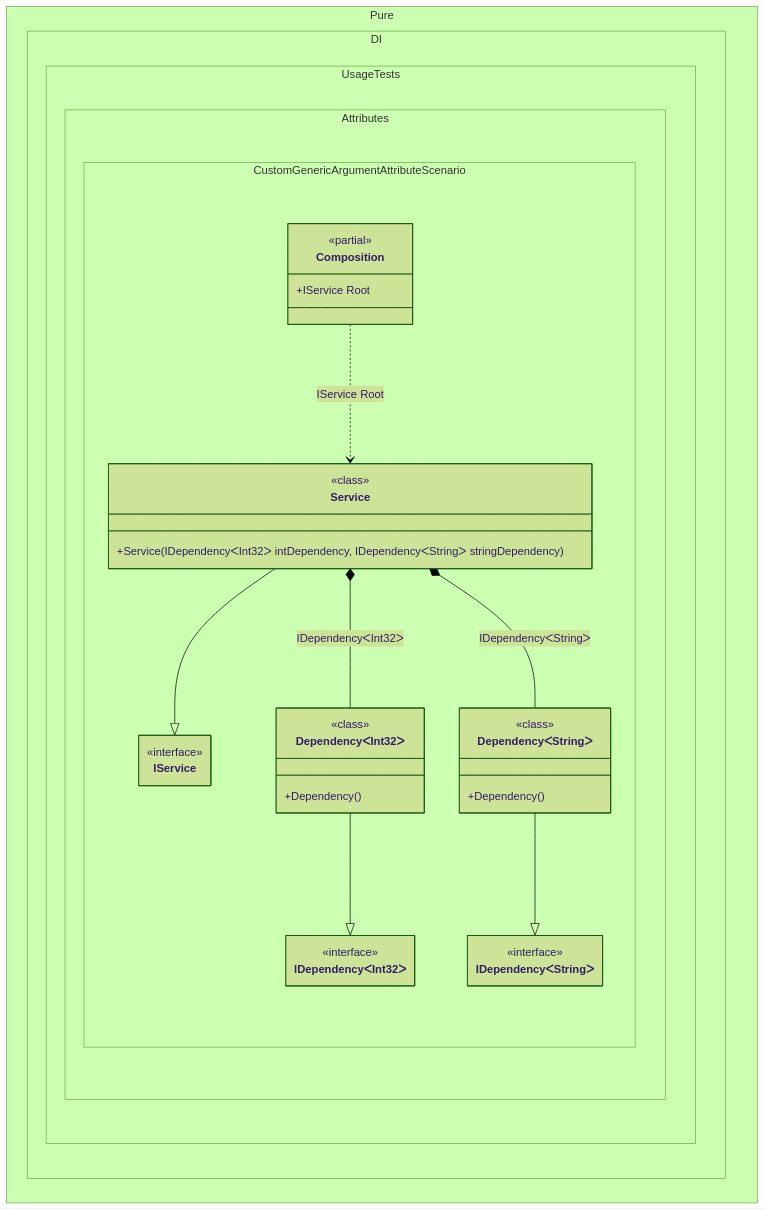
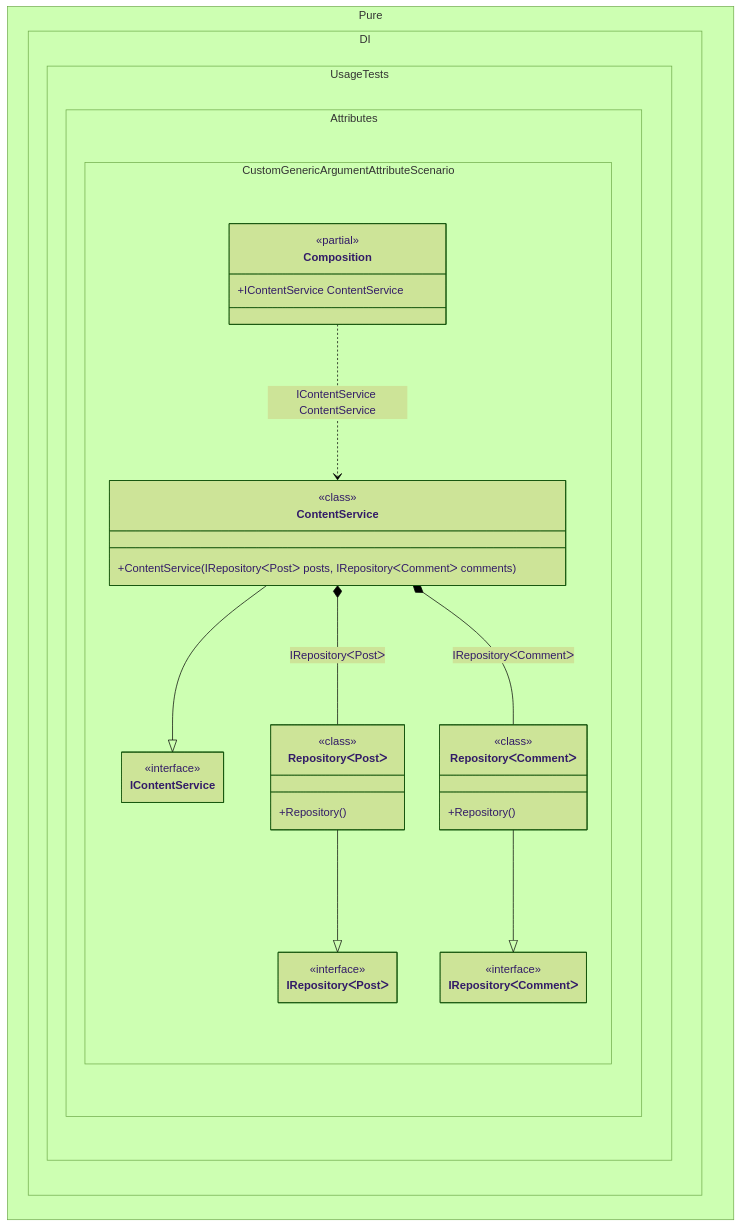
The diagram in readme/custom-generic-argument-attribute.md (DevTeam/Pure.DI), drawn with Mermaid (forest theme) before and after one commit. The commit also changed other lines of this file and 126 other files, not shown here.

````diff
--- a/readme/custom-generic-argument-attribute.md
+++ b/readme/custom-generic-argument-attribute.md
@@ -104,43 +108,43 @@
 ```mermaid
 ---
  config:
   maxTextSize: 2147483647
   maxEdges: 2147483647
   class:
    hideEmptyMembersBox: true
 ---
 classDiagram
-	Service --|> IService
-	DependencyᐸInt32ᐳ --|> IDependencyᐸInt32ᐳ
-	DependencyᐸStringᐳ --|> IDependencyᐸStringᐳ
-	Composition ..> Service : IService Root
-	Service *--  DependencyᐸInt32ᐳ : IDependencyᐸInt32ᐳ
-	Service *--  DependencyᐸStringᐳ : IDependencyᐸStringᐳ
+	ContentService --|> IContentService
+	RepositoryᐸPostᐳ --|> IRepositoryᐸPostᐳ
+	RepositoryᐸCommentᐳ --|> IRepositoryᐸCommentᐳ
+	Composition ..> ContentService : IContentService ContentService
+	ContentService *--  RepositoryᐸPostᐳ : IRepositoryᐸPostᐳ
+	ContentService *--  RepositoryᐸCommentᐳ : IRepositoryᐸCommentᐳ
 	namespace Pure.DI.UsageTests.Attributes.CustomGenericArgumentAttributeScenario {
 		class Composition {
 		<<partial>>
-		+IService Root
+		+IContentService ContentService
 		}
-		class DependencyᐸInt32ᐳ {
+		class ContentService {
 				<<class>>
-			+Dependency()
+			+ContentService(IRepositoryᐸPostᐳ posts, IRepositoryᐸCommentᐳ comments)
 		}
-		class DependencyᐸStringᐳ {
-				<<class>>
-			+Dependency()
-		}
-		class IDependencyᐸInt32ᐳ {
+		class IContentService {
 			<<interface>>
 		}
-		class IDependencyᐸStringᐳ {
+		class IRepositoryᐸCommentᐳ {
 			<<interface>>
 		}
-		class IService {
+		class IRepositoryᐸPostᐳ {
 			<<interface>>
 		}
-		class Service {
+		class RepositoryᐸCommentᐳ {
 				<<class>>
-			+Service(IDependencyᐸInt32ᐳ intDependency, IDependencyᐸStringᐳ stringDependency)
+			+Repository()
+		}
+		class RepositoryᐸPostᐳ {
+				<<class>>
+			+Repository()
 		}
 	}
 ```
````
